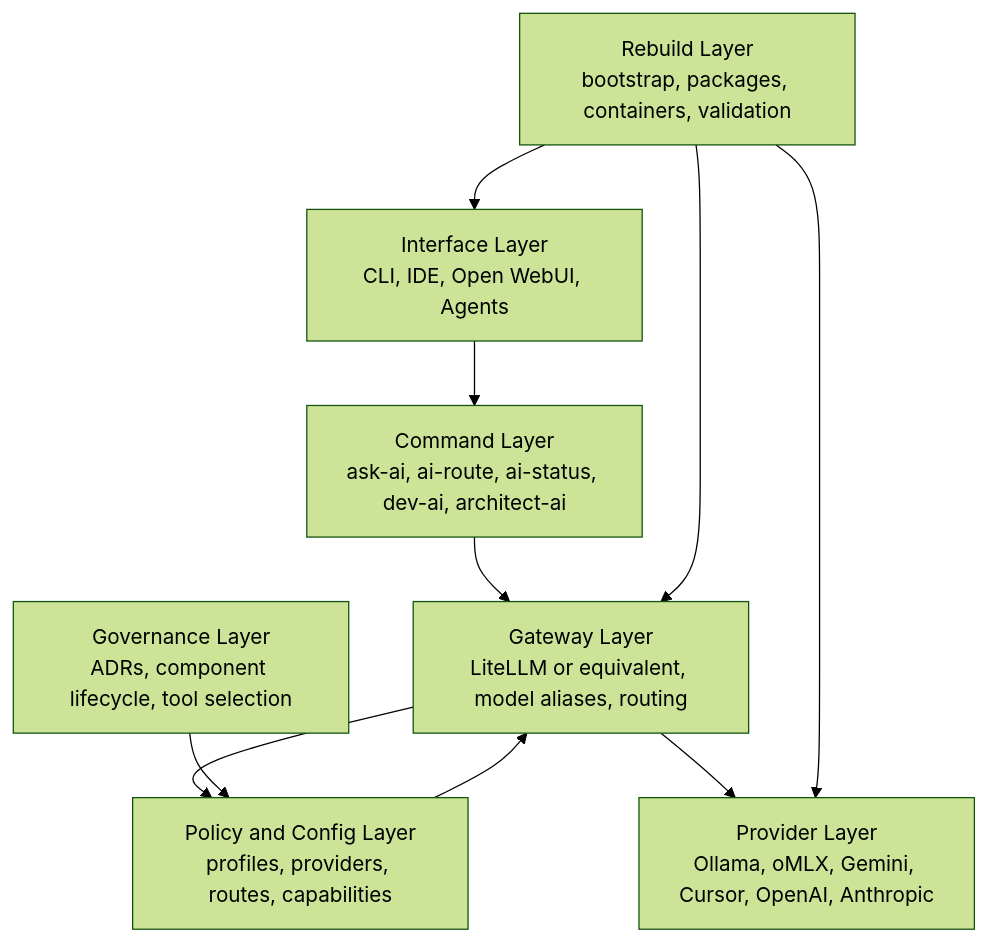
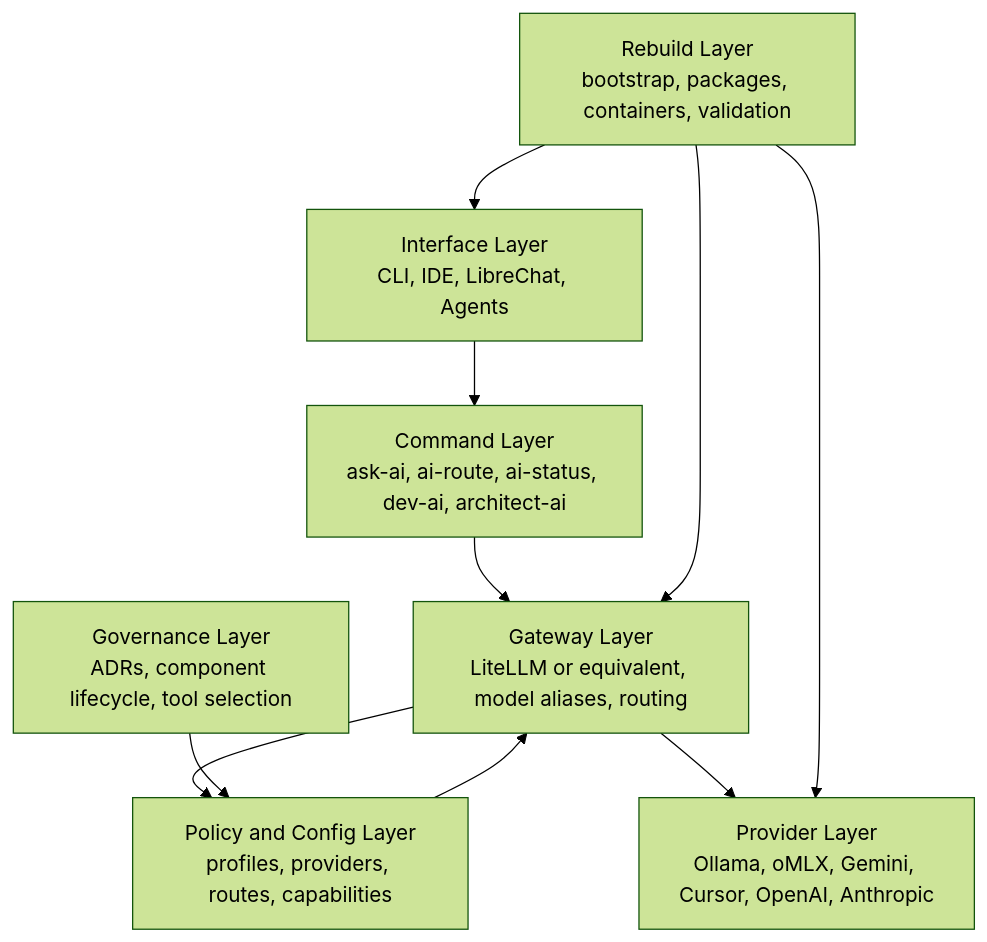
Before and after one commit to Deim0s13/ai-lab: the third of 12 diagrams in docs/03-architecture.md, drawn with Mermaid (forest theme). The commit also changed other lines of this file and 16 other files, not shown here.

````diff
--- a/docs/03-architecture.md
+++ b/docs/03-architecture.md
@@ -152,20 +152,20 @@
 ```mermaid
 flowchart TD
-    A[Interface Layer<br/>CLI, IDE, Open WebUI, Agents]
+    A[Interface Layer<br/>CLI, IDE, LibreChat, Agents]
     B[Command Layer<br/>ask-ai, ai-route, ai-status, dev-ai, architect-ai]
     C[Gateway Layer<br/>LiteLLM or equivalent, model aliases, routing]
     D[Policy and Config Layer<br/>profiles, providers, routes, capabilities]
     E[Provider Layer<br/>Ollama, oMLX, Gemini, Cursor, OpenAI, Anthropic]
     F[Rebuild Layer<br/>bootstrap, packages, containers, validation]
     G[Governance Layer<br/>ADRs, component lifecycle, tool selection]
 
     A --> B
     B --> C
     C --> D
     C --> E
     D --> C
     F --> A
     F --> C
     F --> E
     G --> D
 ```
````
